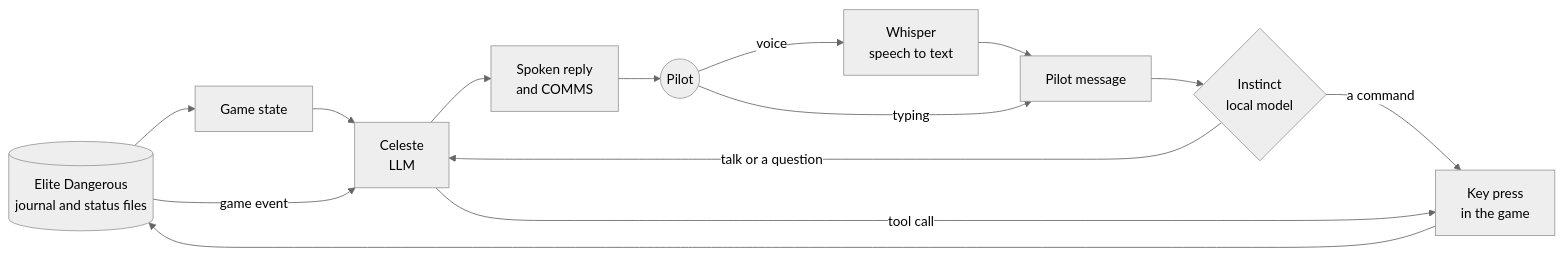
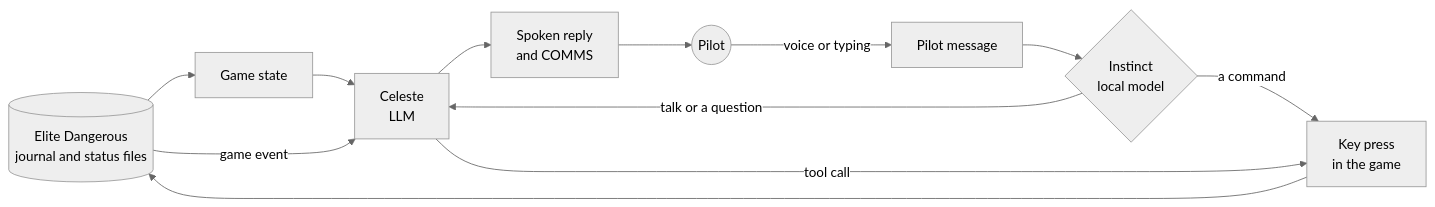
Before and after one commit to IqSantiagow/EDCeleste: the diagram in README.md, drawn with Mermaid (neutral theme). The commit also changed other lines of this file and 1 other file, not shown here.

````diff
--- a/README.md
+++ b/README.md
@@ -50,16 +45,14 @@
 ```mermaid
 flowchart LR
     Game[("Elite Dangerous<br/>journal and status files")] --> State["Game state"]
-    Pilot(("Pilot")) -- "voice" --> STT["Whisper<br/>speech to text"]
-    STT --> Message["Pilot message"]
-    Pilot -- "typing" --> Message
+    Pilot(("Pilot")) -- "voice or typing" --> Message["Pilot message"]
     Message --> Instinct{"Instinct<br/>local model"}
     Instinct -- "a command" --> Keys["Key press<br/>in the game"]
     Instinct -- "talk or a question" --> Celeste["Celeste<br/>LLM"]
     State --> Celeste
     Game -- "game event" --> Celeste
     Celeste -- "tool call" --> Keys
     Celeste --> Voice["Spoken reply<br/>and COMMS"]
     Keys --> Game
     Voice --> Pilot
 ```
````
